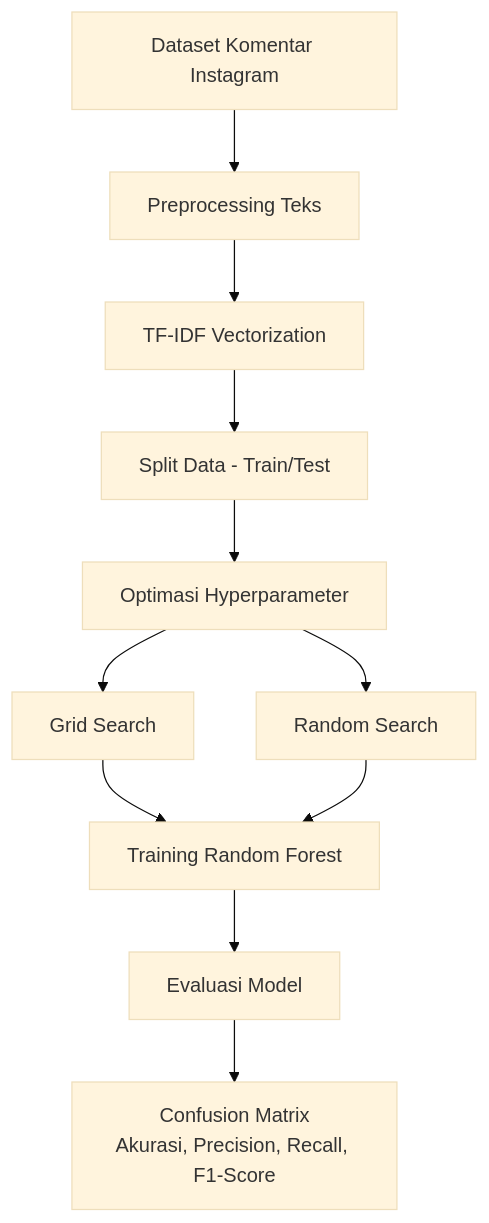
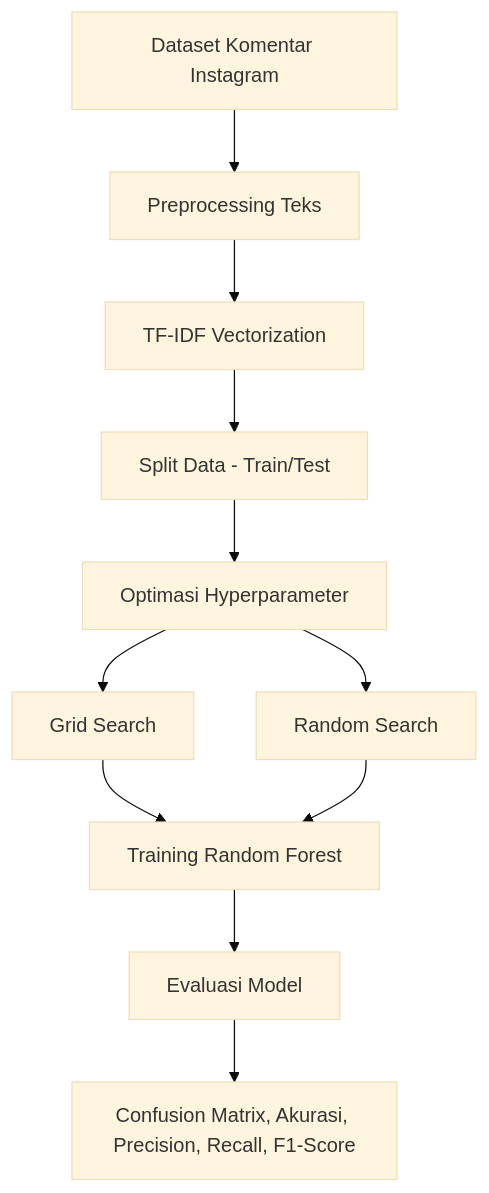
One commit to Ahmadd1998/sentiment-analyst- changed the diagram in README.md. Above: the diagram before and after it, drawn with Mermaid (base theme). The commit also changed other lines of this file, not shown here.

````diff
--- a/README.md
+++ b/README.md
@@ -15,13 +19,13 @@
 ```mermaid
 flowchart TD
 A[Dataset Komentar Instagram] --> B[Preprocessing Teks]
 B --> C[TF-IDF Vectorization]
 C --> D[Split Data - Train/Test]
 D --> E[Optimasi Hyperparameter]
 E --> E1[Grid Search]
 E --> E2[Random Search]
 E1 --> F[Training Random Forest]
 E2 --> F[Training Random Forest]
 F --> G[Evaluasi Model]
-G --> H[Confusion Matrix\nAkurasi, Precision, Recall, F1-Score]
+G --> H[Confusion Matrix, Akurasi, Precision, Recall, F1-Score]
 ```
````
